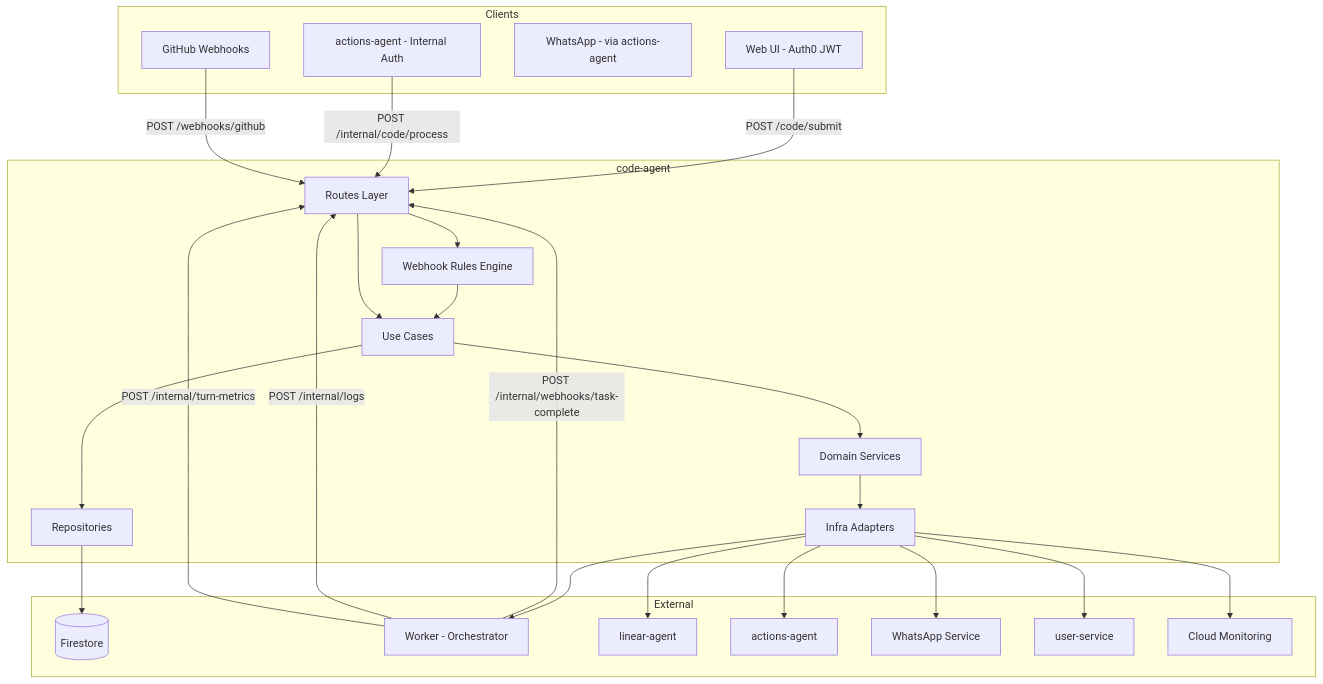
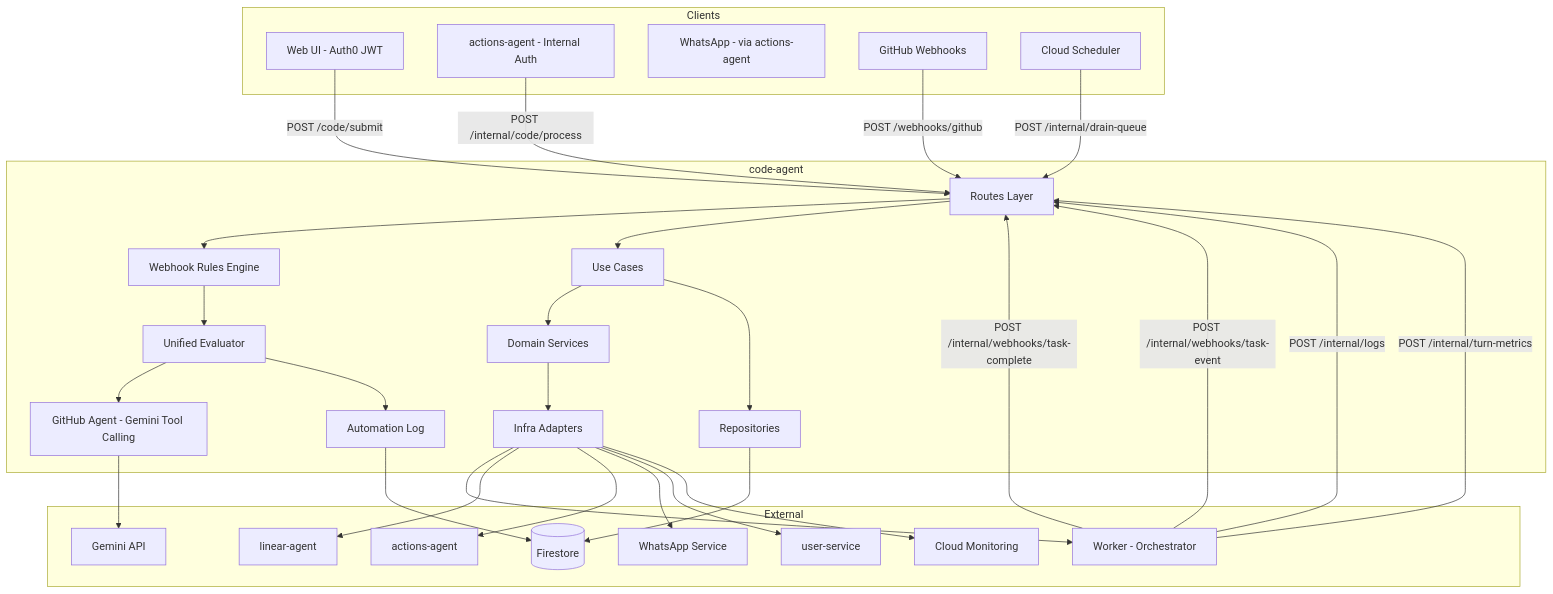
The first of 3 diagrams in docs/services/code-agent/technical.md (pbuchman/intexuraos), drawn with Mermaid before and after one commit. The commit also changed other lines of this file and 124 other files, not shown here.

````diff
--- a/docs/services/code-agent/technical.md
+++ b/docs/services/code-agent/technical.md
@@ -14,50 +14,61 @@
 ```mermaid
 graph TD
     subgraph Clients
         WebUI[Web UI - Auth0 JWT]
         ActionsAgent[actions-agent - Internal Auth]
         WhatsApp[WhatsApp - via actions-agent]
         GitHub[GitHub Webhooks]
+        Scheduler[Cloud Scheduler]
     end
 
     subgraph code-agent
         Routes[Routes Layer]
         WebhookRules[Webhook Rules Engine]
+        UnifiedEval[Unified Evaluator]
+        GitHubAgent[GitHub Agent - Gemini Tool Calling]
         UseCases[Use Cases]
         DomainServices[Domain Services]
+        AutoLog[Automation Log]
         Repos[Repositories]
         InfraAdapters[Infra Adapters]
     end
 
     subgraph External
         Firestore[(Firestore)]
         Worker[Worker - Orchestrator]
         LinearAgent[linear-agent]
         ActionsAgentSvc[actions-agent]
         WhatsAppSvc[WhatsApp Service]
         UserSvc[user-service]
         CloudMonitoring[Cloud Monitoring]
+        GeminiAPI[Gemini API]
     end
 
     WebUI -->|POST /code/submit| Routes
     ActionsAgent -->|POST /internal/code/process| Routes
     GitHub -->|POST /webhooks/github| Routes
     Worker -->|POST /internal/webhooks/task-complete| Routes
+    Worker -->|POST /internal/webhooks/task-event| Routes
     Worker -->|POST /internal/logs| Routes
     Worker -->|POST /internal/turn-metrics| Routes
+    Scheduler -->|POST /internal/drain-queue| Routes
 
     Routes --> WebhookRules
-    WebhookRules --> UseCases
+    WebhookRules --> UnifiedEval
+    UnifiedEval --> GitHubAgent
+    UnifiedEval --> AutoLog
     Routes --> UseCases
     UseCases --> DomainServices
     UseCases --> Repos
     DomainServices --> InfraAdapters
 
     Repos --> Firestore
     InfraAdapters --> Worker
     InfraAdapters --> LinearAgent
     InfraAdapters --> ActionsAgentSvc
     InfraAdapters --> WhatsAppSvc
     InfraAdapters --> UserSvc
     InfraAdapters --> CloudMonitoring
+    GitHubAgent --> GeminiAPI
+    AutoLog --> Firestore
 ```
````
